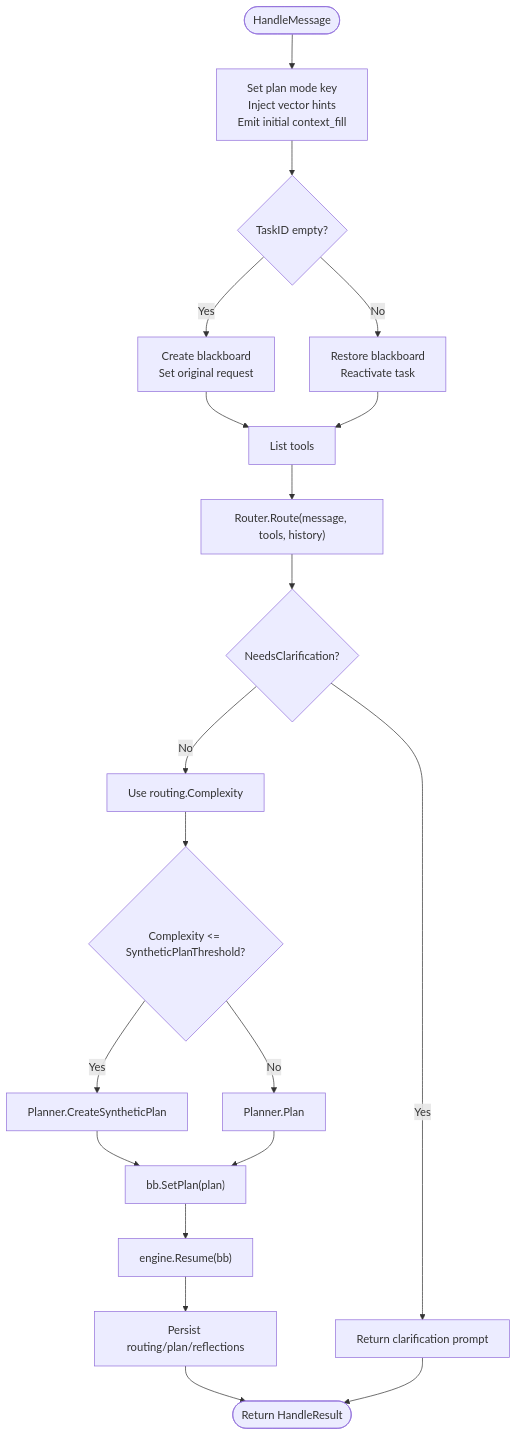
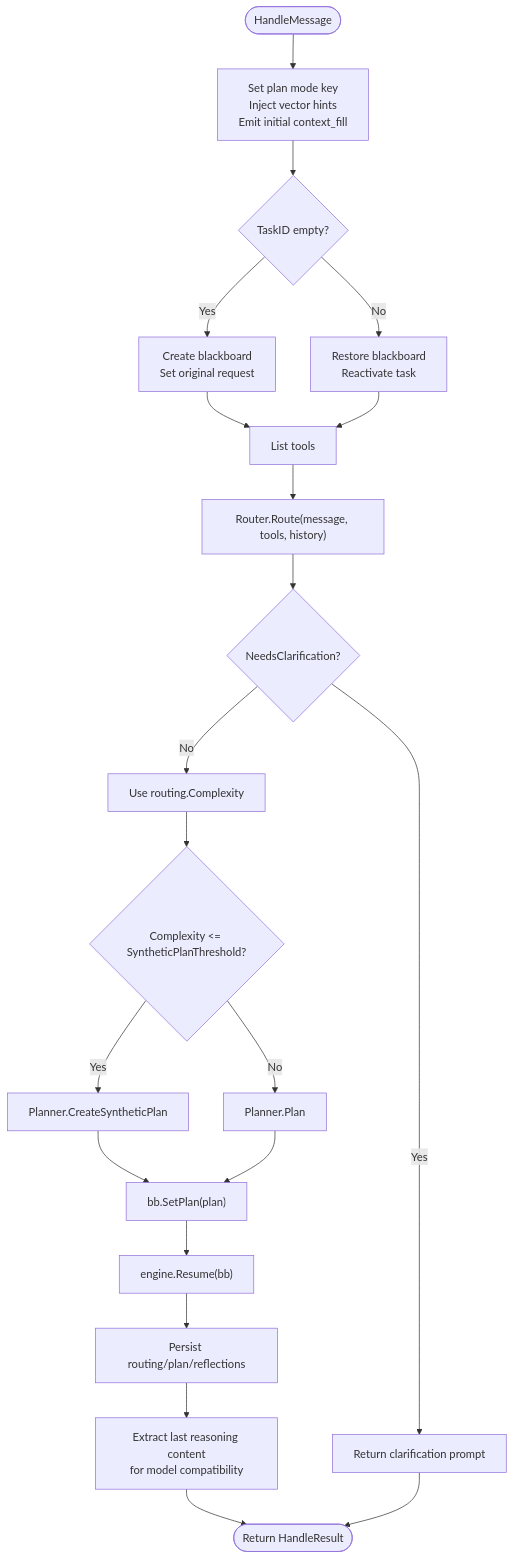
Before and after one commit to v0lka/c0wrk: the third of 13 diagrams in .qoder/repowiki/en/content/Core AI Engine/Core AI Engine.md, drawn with Mermaid. The commit also changed other lines of this file and 3 other files, not shown here.

````diff
--- a/.qoder/repowiki/en/content/Core AI Engine/Core AI Engine.md
+++ b/.qoder/repowiki/en/content/Core AI Engine/Core AI Engine.md
@@ -193,22 +215,23 @@
 ```mermaid
 flowchart TD
 Start(["HandleMessage"]) --> Init["Set plan mode key<br/>Inject vector hints<br/>Emit initial context_fill"]
 Init --> BB{"TaskID empty?"}
 BB --> |Yes| NewBB["Create blackboard<br/>Set original request"]
 BB --> |No| RestoreBB["Restore blackboard<br/>Reactivate task"]
 NewBB --> Tools["List tools"]
 RestoreBB --> Tools
 Tools --> Route["Router.Route(message, tools, history)"]
 Route --> Clarify{"NeedsClarification?"}
 Clarify --> |Yes| ReturnClarify["Return clarification prompt"]
 Clarify --> |No| Complexity["Use routing.Complexity"]
 Complexity --> Plan{"Complexity <= SyntheticPlanThreshold?"}
 Plan --> |Yes| SynthPlan["Planner.CreateSyntheticPlan"]
 Plan --> |No| FullPlan["Planner.Plan"]
 SynthPlan --> SetPlan["bb.SetPlan(plan)"]
 FullPlan --> SetPlan
 SetPlan --> Resume["engine.Resume(bb)"]
 Resume --> Persist["Persist routing/plan/reflections"]
-Persist --> Done(["Return HandleResult"])
+Persist --> Reasoning["Extract last reasoning content<br/>for model compatibility"]
+Reasoning --> Done(["Return HandleResult"])
 ReturnClarify --> Done
 ```
````
